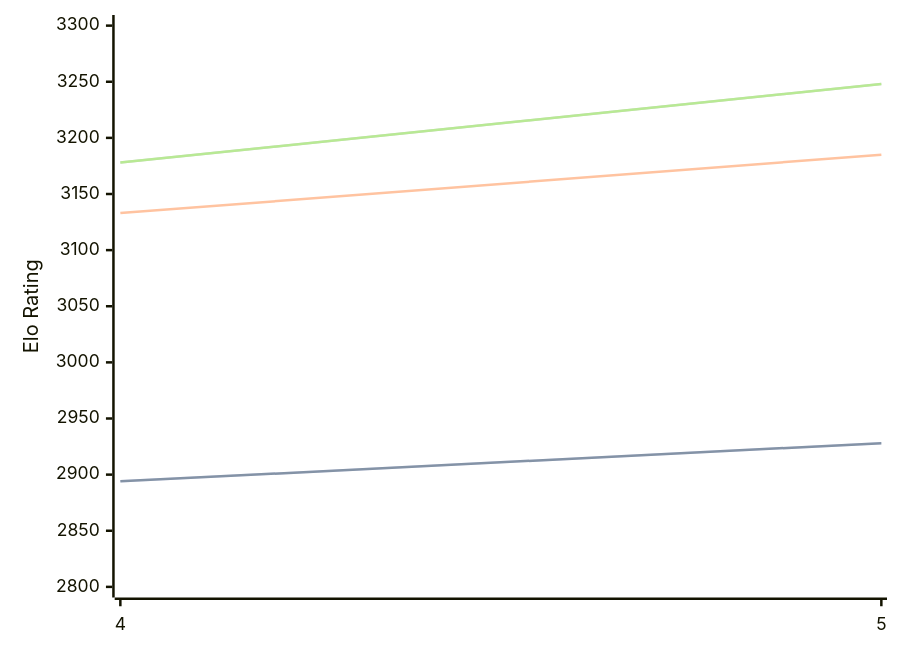
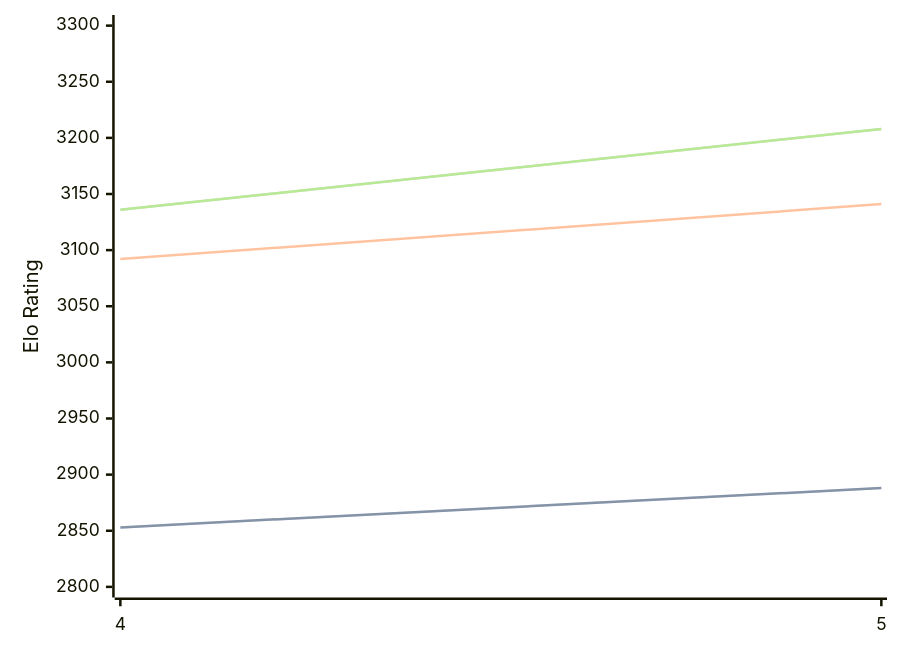
The diagram in engines/Cwtch.md (computer-chess-index/cci), drawn with Mermaid before and after one commit. The commit also changed other lines of this file, not shown here.

Commit message:
Update CCI Ratings (ELO VLTC) - 2026-05-19

````diff
--- a/engines/Cwtch.md
+++ b/engines/Cwtch.md
@@ -34,11 +34,11 @@
 ```mermaid
 %%{init: {"theme":"base","themeVariables":{"seriesColors:['#a3a3a3','#222221','#faa371']}}}%%
 xychart-beta
   x-axis ["4", "5"]
   y-axis "Elo Rating" 2800 --> 3300
-  line "STC (8.0+0.08s)" [2894, 2928]
-  line "STC (8.0+0.08s)" [2894, 2928]
-  line "LTC (60.0+0.60s)" [3133, 3185]
-  line "VLTC (2m24s+1.12s)" [3178, 3248]
-  line "VLTC (2m24s+1.12s)" [3178, 3248]
+  line "STC (8.0+0.08s)" [2853, 2888]
+  line "STC (8.0+0.08s)" [2853, 2888]
+  line "LTC (60.0+0.60s)" [3092, 3141]
+  line "VLTC (2m24s+1.12s)" [3136, 3208]
+  line "VLTC (2m24s+1.12s)" [3136, 3208]
 ```
````
